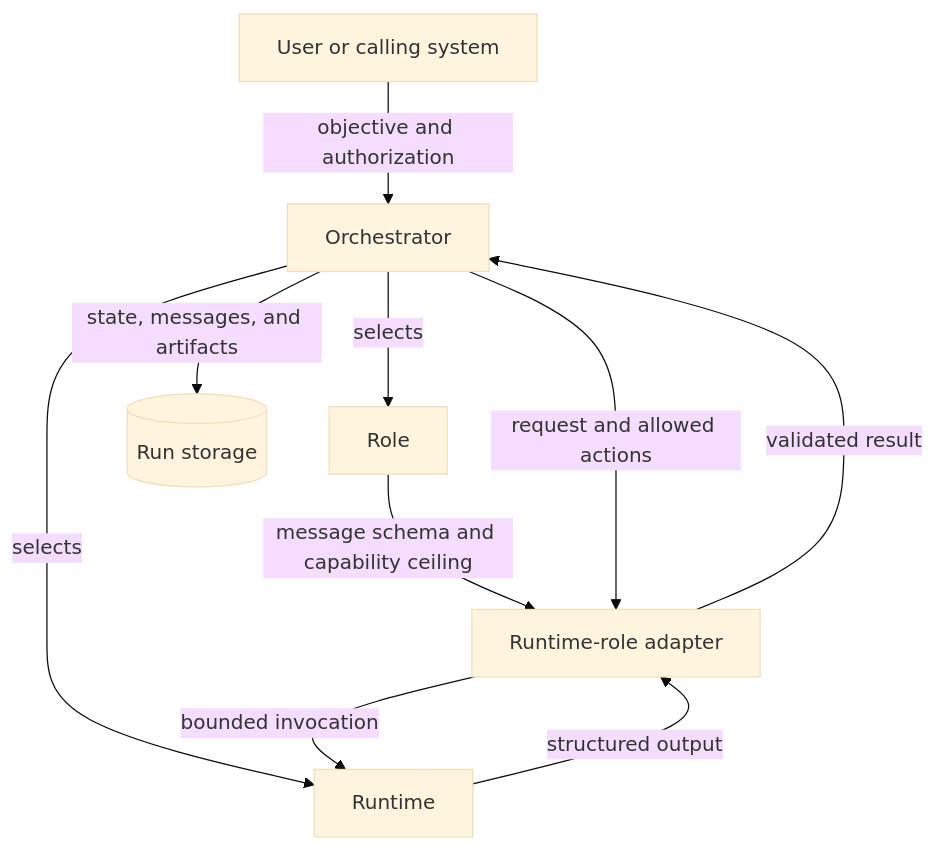
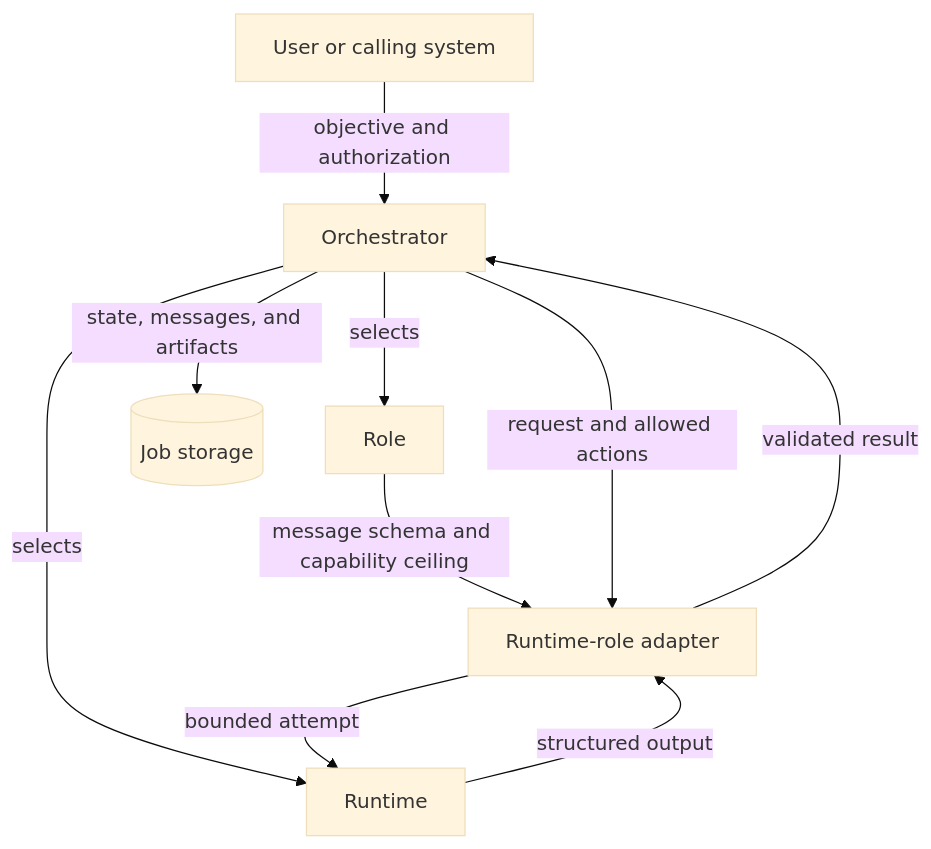
Before and after one commit to asokolsky/agent-orchestra: the first of 2 diagrams in docs/concepts.md, drawn with Mermaid (base theme). The commit also changed other lines of this file and 10 other files, not shown here.

````diff
--- a/docs/concepts.md
+++ b/docs/concepts.md
@@ -15,12 +17,12 @@
 ```mermaid
 flowchart TB
     caller[User or calling system] -->|objective and authorization| orchestrator[Orchestrator]
     orchestrator -->|selects| role[Role]
     orchestrator -->|selects| runtime[Runtime]
     role -->|message schema and capability ceiling| adapter[Runtime-role adapter]
     orchestrator -->|request and allowed actions| adapter
-    adapter -->|bounded invocation| runtime
+    adapter -->|bounded attempt| runtime
     runtime -->|structured output| adapter
     adapter -->|validated result| orchestrator
-    orchestrator -->|state, messages, and artifacts| store[(Run storage)]
+    orchestrator -->|state, messages, and artifacts| store[(Job storage)]
 ```
````
